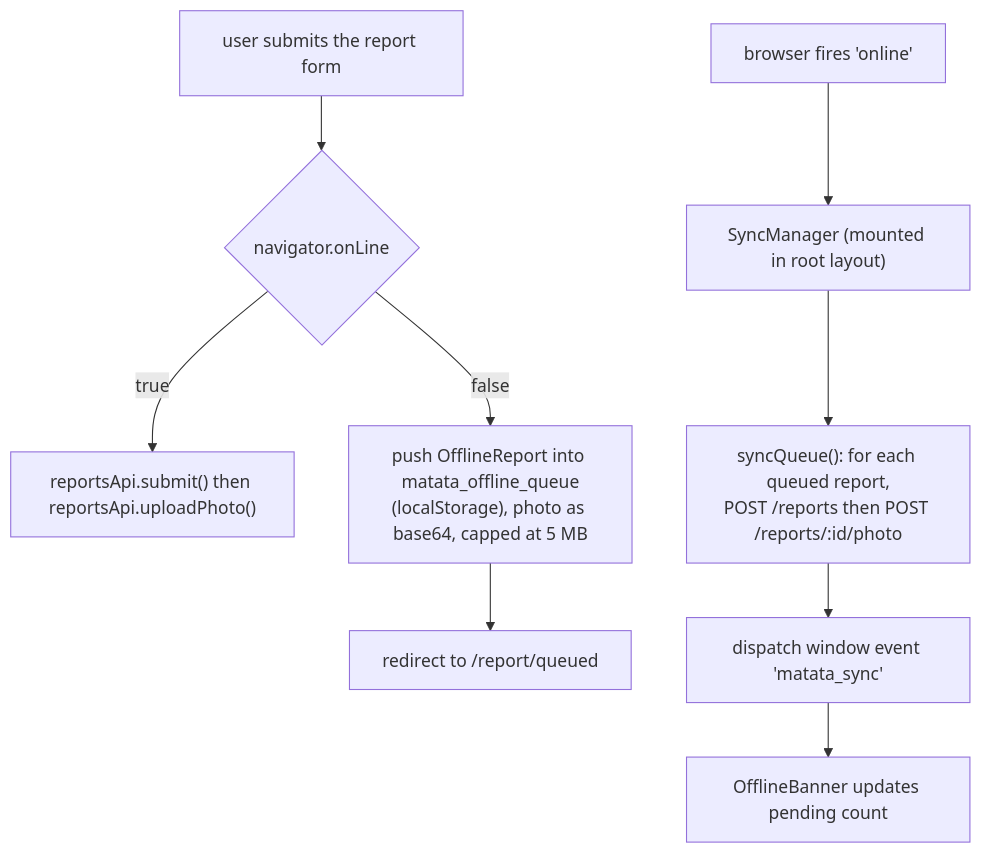
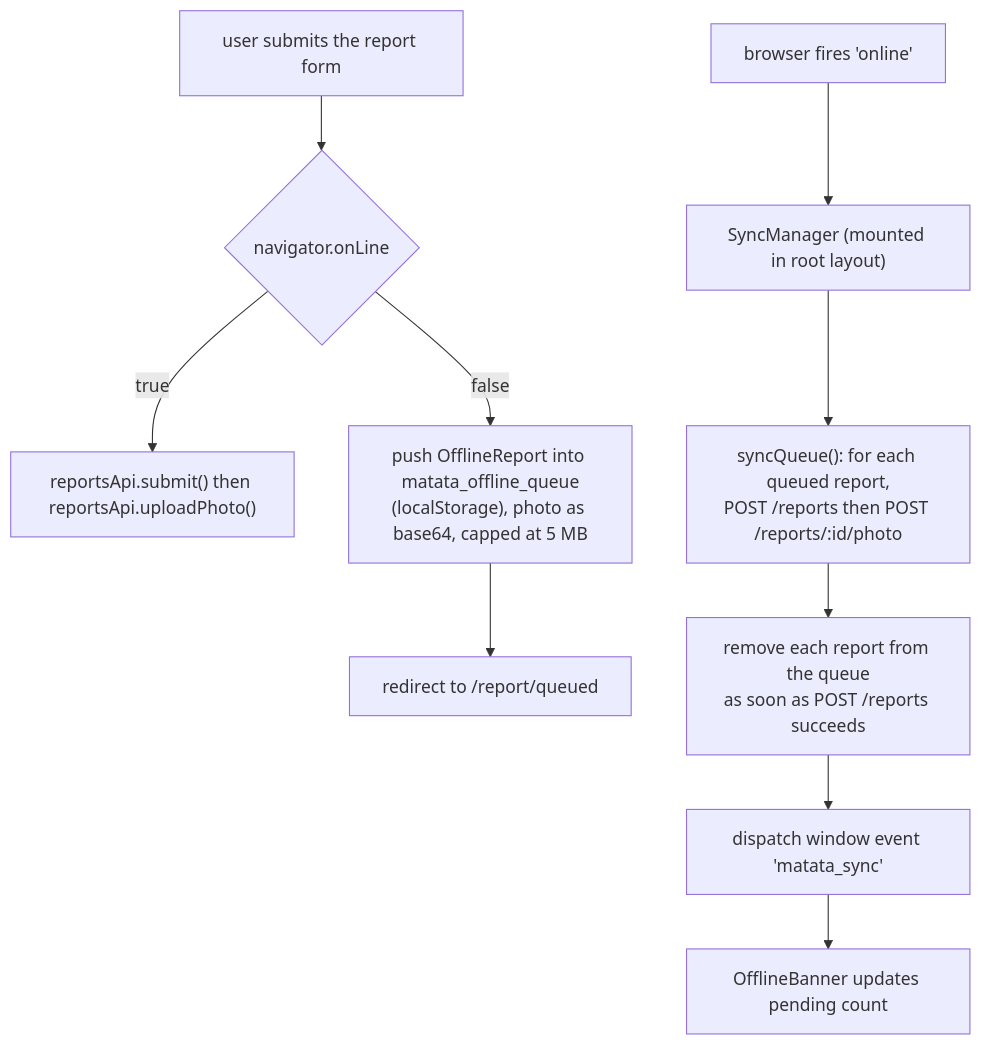
One commit to Kubu-Ventures/Matata changed the fifth of 6 diagrams in docs/architecture.md. Above: the diagram before and after it, drawn with Mermaid. The commit also changed other lines of this file and 18 other files, not shown here.

````diff
--- a/docs/architecture.md
+++ b/docs/architecture.md
@@ -137,11 +137,12 @@
 ```mermaid
 flowchart TD
     SUB["user submits the report form"] --> ON{navigator.onLine}
     ON -->|true| POST["reportsApi.submit() then reportsApi.uploadPhoto()"]
     ON -->|false| Q["push OfflineReport into matata_offline_queue<br/>(localStorage), photo as base64, capped at 5 MB"]
     Q --> CONF["redirect to /report/queued"]
     NET["browser fires 'online'"] --> SMGR["SyncManager (mounted in root layout)"]
     SMGR --> FLUSH["syncQueue(): for each queued report,<br/>POST /reports then POST /reports/:id/photo"]
-    FLUSH --> EV["dispatch window event 'matata_sync'"]
+    FLUSH --> DROP["remove each report from the queue<br/>as soon as POST /reports succeeds"]
+    DROP --> EV["dispatch window event 'matata_sync'"]
     EV --> BANNER["OfflineBanner updates pending count"]
 ```
````
